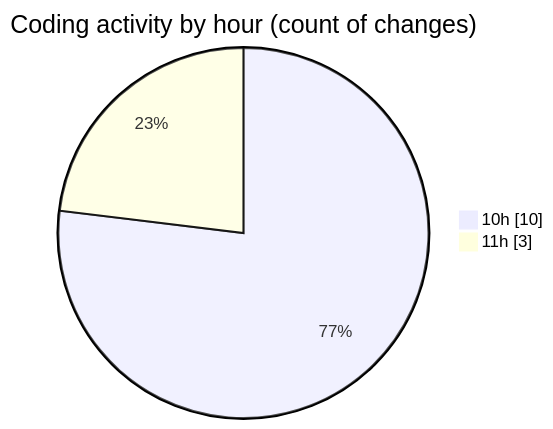
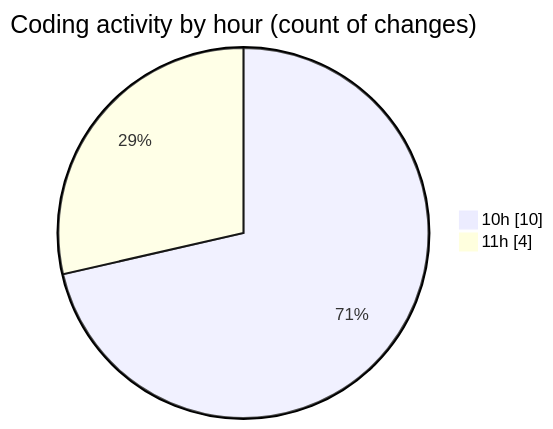
Before and after one commit to LanceThiago/code-tracking: the second of 2 diagrams in 2025-04-24/desktop/README.md, drawn with Mermaid. The commit also changed other lines of this file and 1 other file, not shown here.

````diff
--- a/2025-04-24/desktop/README.md
+++ b/2025-04-24/desktop/README.md
@@ -28,6 +28,6 @@
 ```mermaid
 pie showData
 title Coding activity by hour (count of changes)
 "10h" : 10
-"11h" : 3
+"11h" : 4
 ```
````
